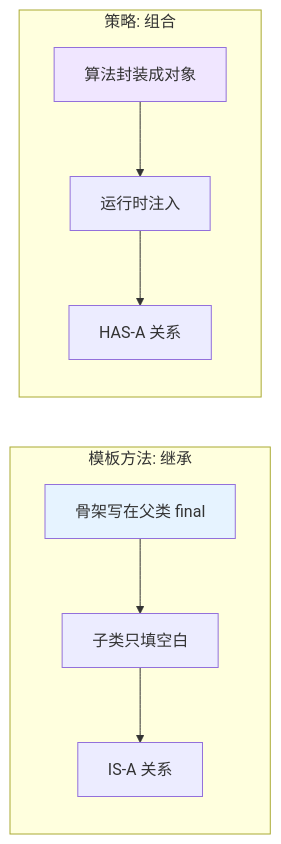
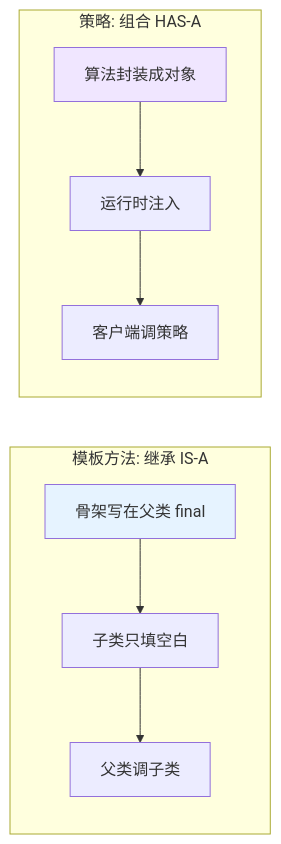
The third of 6 diagrams in docs/08.编程/03.巧学设计模式/15.模版模式设计思想.md (chongyang211/YCBookBlog), drawn with Mermaid before and after one commit. The commit also changed other lines of this file and 4 other files, not shown here.

````diff
--- a/docs/08.编程/03.巧学设计模式/15.模版模式设计思想.md
+++ b/docs/08.编程/03.巧学设计模式/15.模版模式设计思想.md
@@ -240,13 +275,11 @@
 ```mermaid
 flowchart LR
-    subgraph 模板[模板方法: 继承]
-        T1[骨架写在父类 final] --> T2[子类只填空白]
-        T2 --> T3[IS-A 关系]
+    subgraph 模板["模板方法: 继承 IS-A"]
+        T1[骨架写在父类 final] --> T2[子类只填空白] --> T3[父类调子类]
     end
-    subgraph 策略[策略: 组合]
-        S1[算法封装成对象] --> S2[运行时注入]
-        S2 --> S3[HAS-A 关系]
+    subgraph 策略["策略: 组合 HAS-A"]
+        S1[算法封装成对象] --> S2[运行时注入] --> S3[客户端调策略]
     end
     style T1 fill:#e6f3ff
     style S1 fill:#f0e6ff
 ```
````
